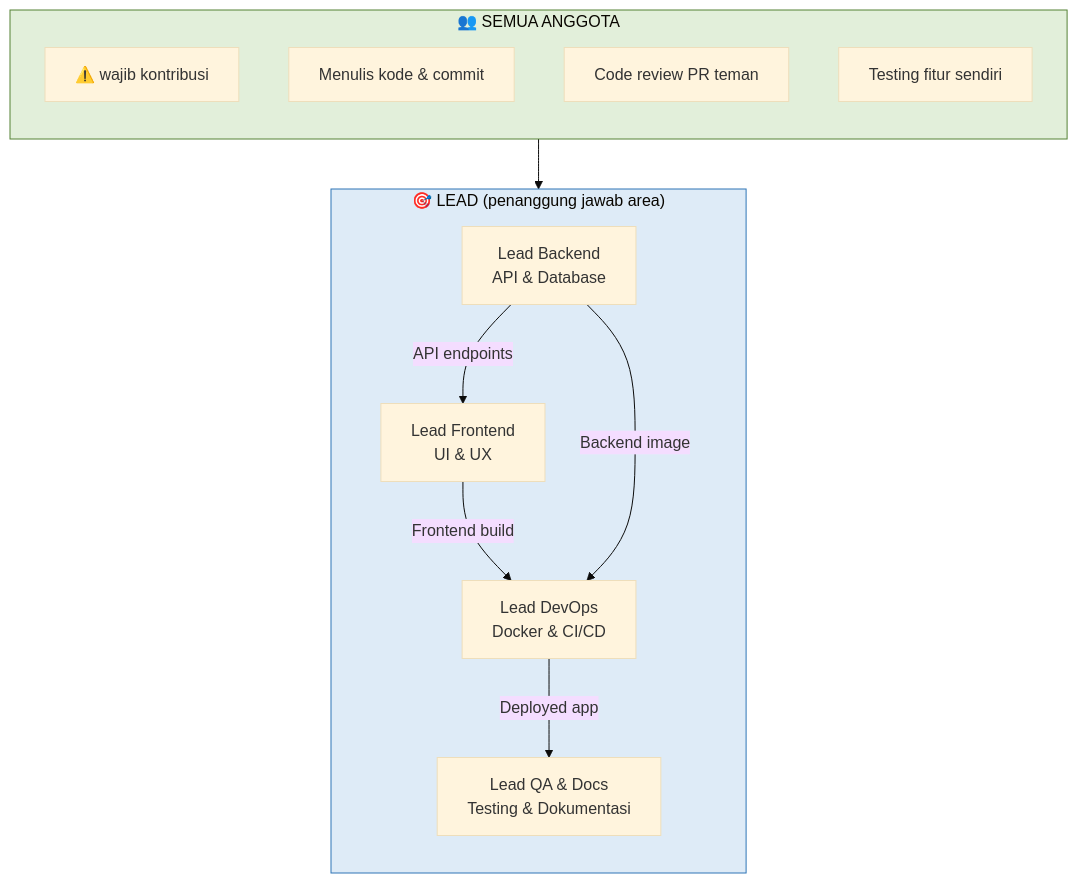
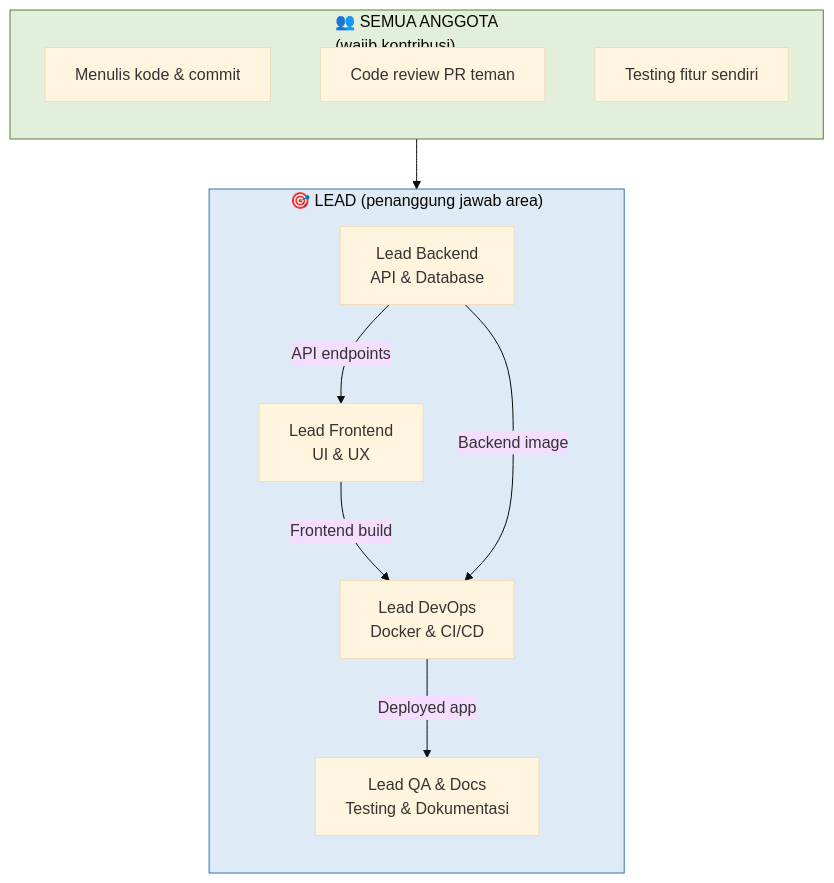
One commit to justdyn/2026-modul-praktikum-cloudcomputing changed the first of 11 diagrams in 01-modul.md. Above: the diagram before and after it, drawn with Mermaid (base theme).

````diff
--- a/01-modul.md
+++ b/01-modul.md
@@ -79,27 +79,27 @@
 ```mermaid
 flowchart TD
-    subgraph SEMUA ["👥 SEMUA ANGGOTA"]
+    subgraph SEMUA ["👥 SEMUA ANGGOTA
+    (wajib kontribusi)"]
         direction TB
-        WAJIB[⚠️ wajib kontribusi]
         CODE[Menulis kode & commit]
         REVIEW[Code review PR teman]
         TEST[Testing fitur sendiri]
     end
 
     subgraph LEADS ["🎯 LEAD (penanggung jawab area)"]
         direction TB
         BE[Lead Backend<br/>API & Database]
         FE[Lead Frontend<br/>UI & UX]
         DO[Lead DevOps<br/>Docker & CI/CD]
         QA[Lead QA & Docs<br/>Testing & Dokumentasi]
     end
 
     SEMUA --> LEADS
     BE -->|API endpoints| FE
     FE -->|Frontend build| DO
     BE -->|Backend image| DO
     DO -->|Deployed app| QA
 
     style SEMUA fill:#E2EFDA,stroke:#548235
     style LEADS fill:#DEEBF7,stroke:#2E75B6
 ```
````
